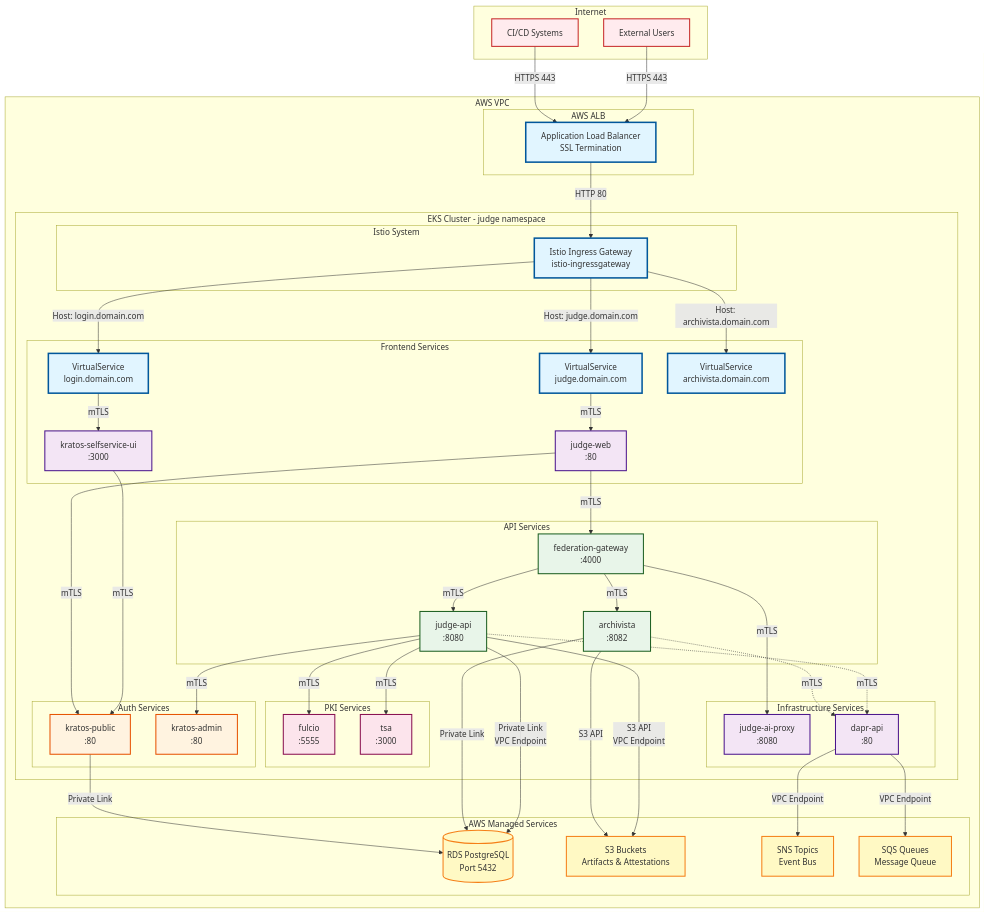
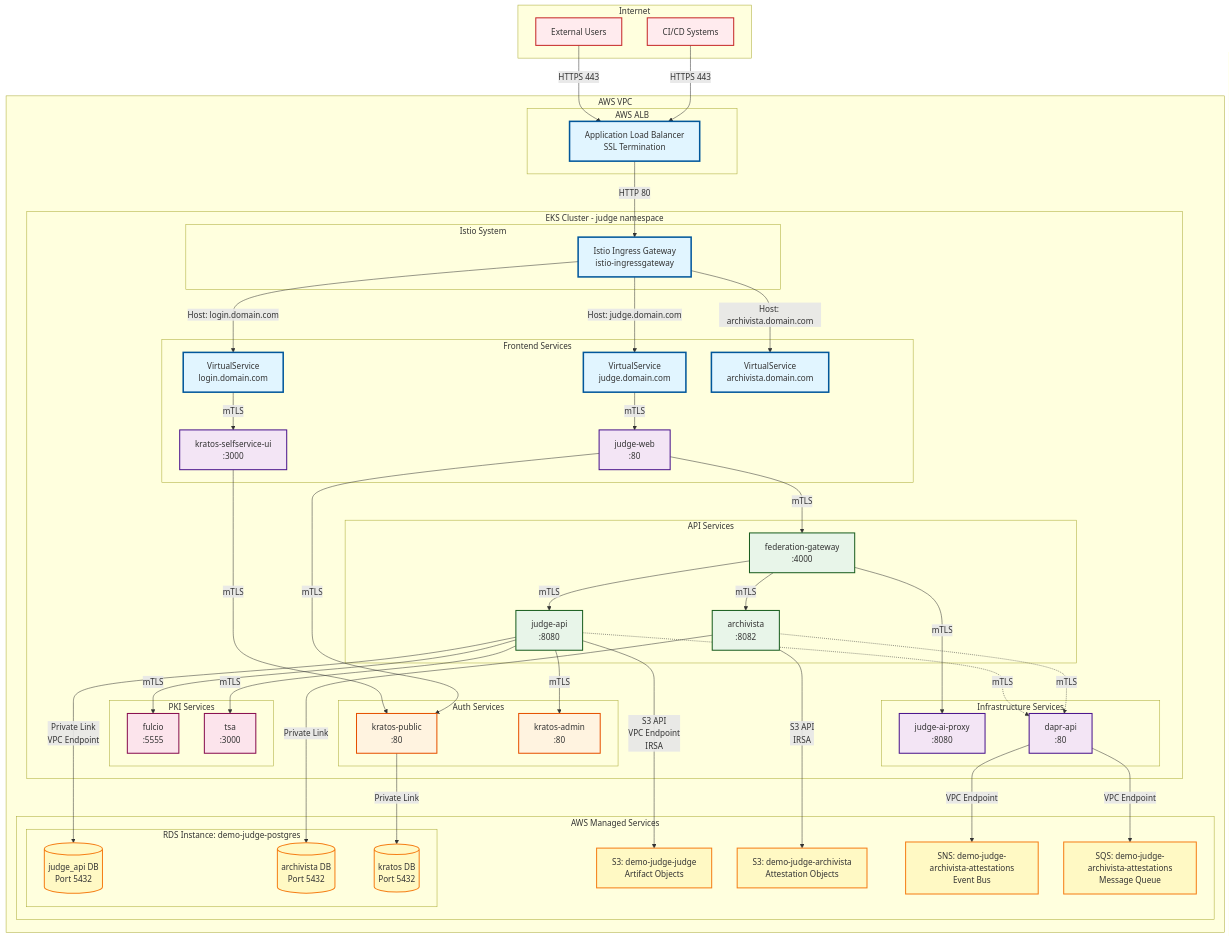
One commit to testifysec/judge-helm-charts changed the diagram in docs/architecture/diagrams/network-topology.md. Above: the diagram before and after it, drawn with Mermaid. The commit also changed other lines of this file and 2 other files, not shown here.

First paragraph of the commit message:
docs: update diagrams and README with separate database/S3 architecture
Updated all documentation to reflect the critical requirement for separate
databases and S3 buckets:

````diff
--- a/docs/architecture/diagrams/network-topology.md
+++ b/docs/architecture/diagrams/network-topology.md
@@ -51,10 +51,15 @@
         end
 
         subgraph "AWS Managed Services"
-            RDS[(RDS PostgreSQL<br/>Port 5432)]
-            S3[S3 Buckets<br/>Artifacts & Attestations]
-            SNS[SNS Topics<br/>Event Bus]
-            SQS[SQS Queues<br/>Message Queue]
+            subgraph "RDS Instance: demo-judge-postgres"
+                RDS_JudgeAPI[(judge_api DB<br/>Port 5432)]
+                RDS_Archivista[(archivista DB<br/>Port 5432)]
+                RDS_Kratos[(kratos DB<br/>Port 5432)]
+            end
+            S3_JudgeAPI[S3: demo-judge-judge<br/>Artifact Objects]
+            S3_Archivista[S3: demo-judge-archivista<br/>Attestation Objects]
+            SNS[SNS: demo-judge-archivista-attestations<br/>Event Bus]
+            SQS[SQS: demo-judge-archivista-attestations<br/>Message Queue]
         end
     end
 
@@ -95,13 +100,14 @@
     JudgeAPI -.->|mTLS| Dapr
     Archivista -.->|mTLS| Dapr
 
-    %% Services to AWS
-    JudgeAPI -->|Private Link<br/>VPC Endpoint| RDS
-    Archivista -->|Private Link| RDS
-    KratosPublic -->|Private Link| RDS
+    %% Services to AWS - Separate databases per service
+    JudgeAPI -->|Private Link<br/>VPC Endpoint| RDS_JudgeAPI
+    Archivista -->|Private Link| RDS_Archivista
+    KratosPublic -->|Private Link| RDS_Kratos
 
-    JudgeAPI -->|S3 API<br/>VPC Endpoint| S3
-    Archivista -->|S3 API| S3
+    %% Services to S3 - Separate buckets per service (IRSA)
+    JudgeAPI -->|S3 API<br/>VPC Endpoint<br/>IRSA| S3_JudgeAPI
+    Archivista -->|S3 API<br/>IRSA| S3_Archivista
 
     Dapr -->|VPC Endpoint| SNS
     Dapr -->|VPC Endpoint| SQS
@@ -123,5 +129,5 @@
     class KratosPublic,KratosAdmin auth
     class Fulcio,TSA pki
     class AIProxy,Dapr infra
-    class RDS,S3,SNS,SQS aws
+    class RDS_JudgeAPI,RDS_Archivista,RDS_Kratos,S3_JudgeAPI,S3_Archivista,SNS,SQS aws
 ```
````
